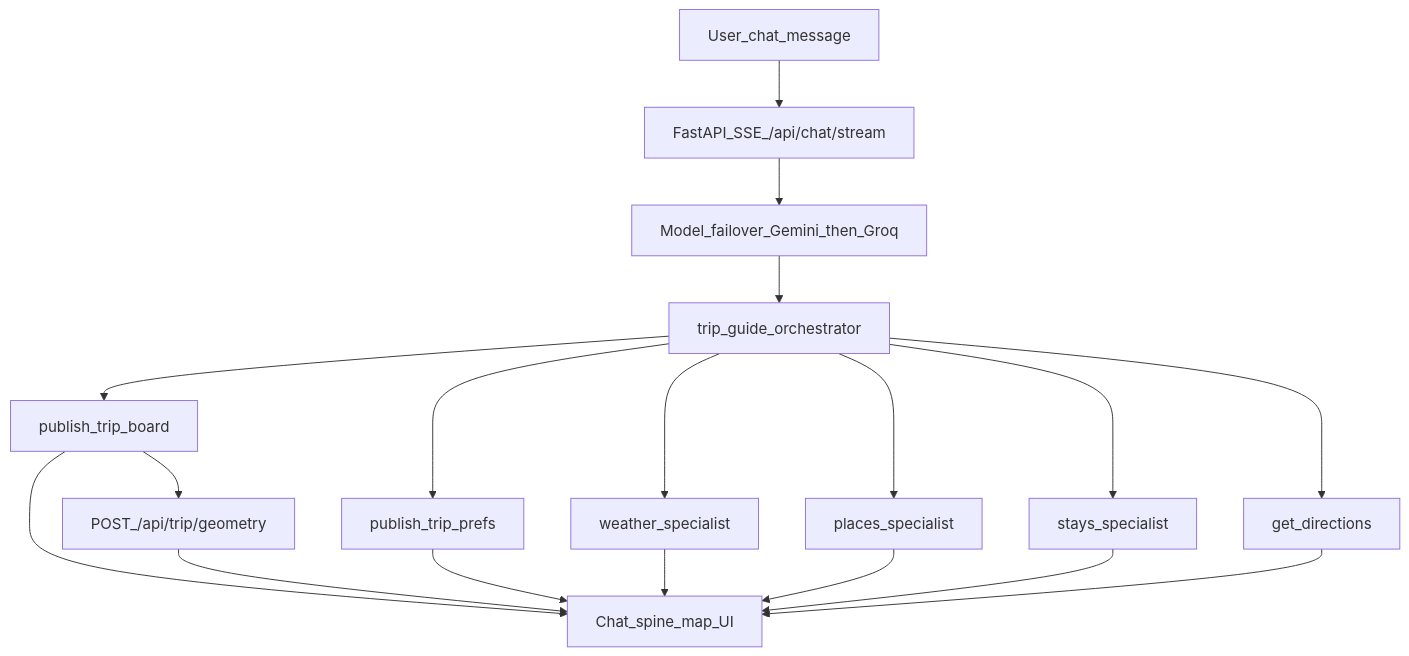
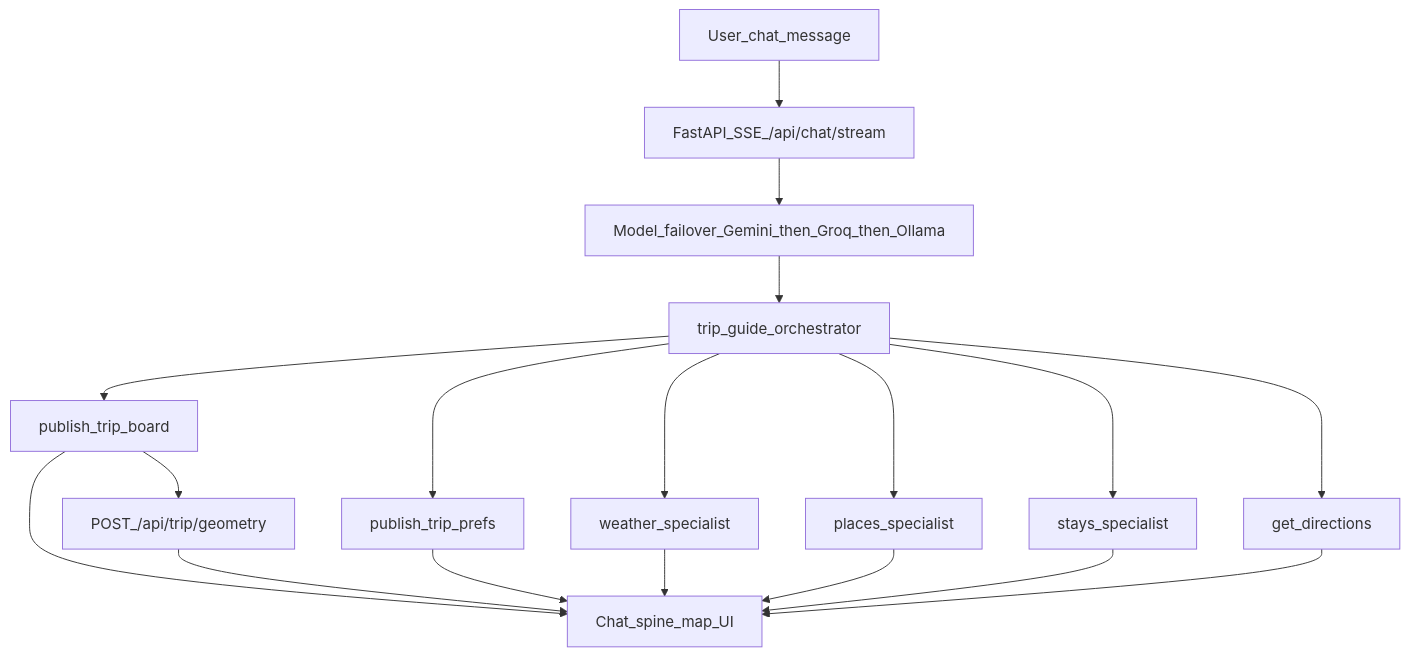
Before and after one commit to Harish-nika/Agents: the diagram in Trip_planner-agent/README.md, drawn with Mermaid. The commit also changed other lines of this file and 18 other files, not shown here.

````diff
--- a/Trip_planner-agent/README.md
+++ b/Trip_planner-agent/README.md
@@ -102,30 +121,30 @@
 ```mermaid
 flowchart TB
   user[User_chat_message]
   api[FastAPI_SSE_/api/chat/stream]
-  models[Model_failover_Gemini_then_Groq]
+  models[Model_failover_Gemini_then_Groq_then_Ollama]
   orch[trip_guide_orchestrator]
   board[publish_trip_board]
   prefs[publish_trip_prefs]
   weather[weather_specialist]
   places[places_specialist]
   stays[stays_specialist]
   maps[get_directions]
   geo[POST_/api/trip/geometry]
   ui[Chat_spine_map_UI]
 
   user --> api --> models --> orch
   orch --> board
   orch --> prefs
   orch --> weather
   orch --> places
   orch --> stays
   orch --> maps
   board --> ui
   prefs --> ui
   weather --> ui
   places --> ui
   stays --> ui
   maps --> ui
   board --> geo --> ui
 ```
````
